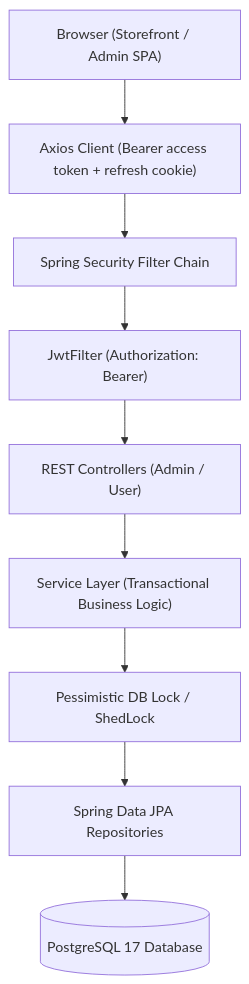
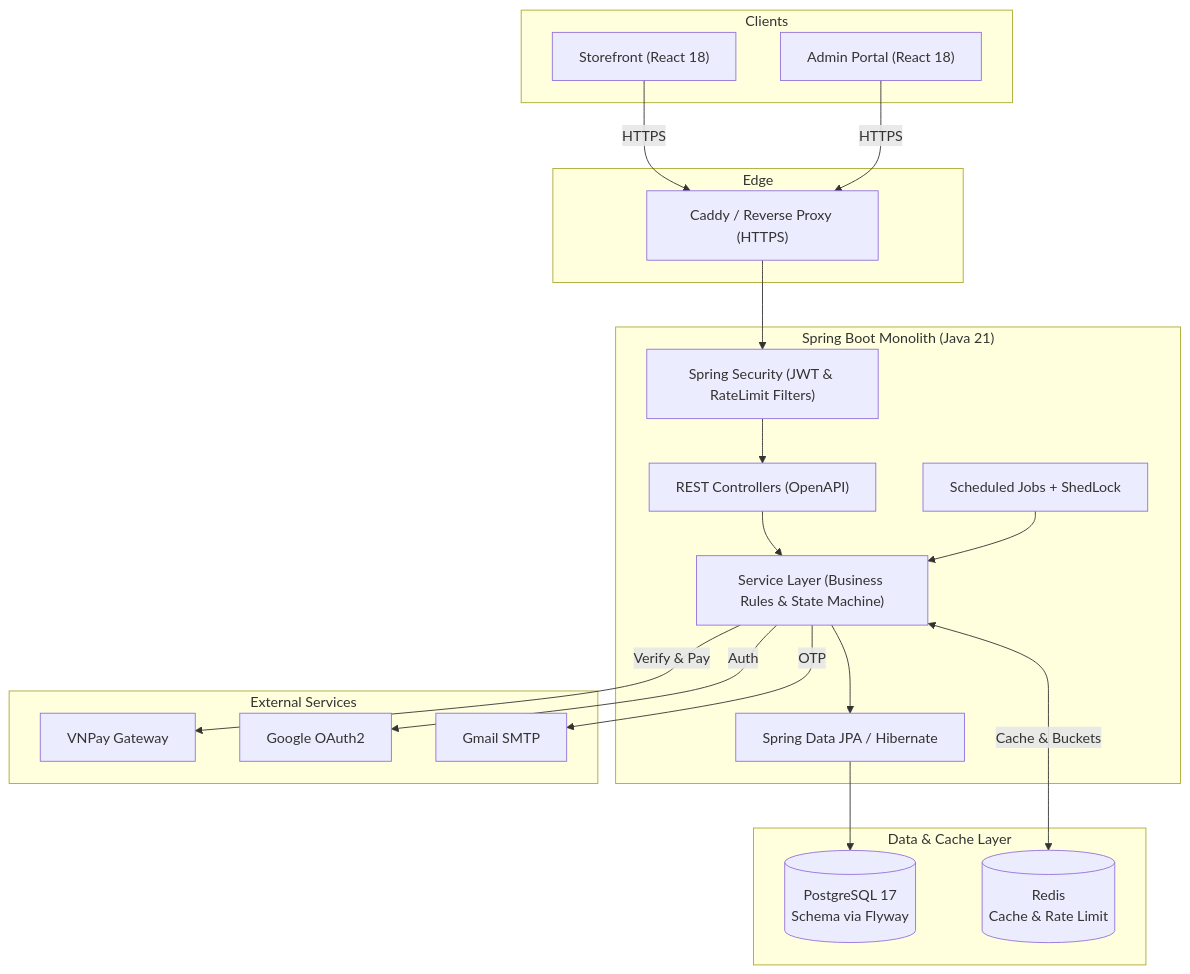
The diagram in README.md (phananhkhang/Ladux), drawn with Mermaid before and after one commit. The commit also changed other lines of this file, not shown here.

````diff
--- a/README.md
+++ b/README.md
@@ -185,21 +94,42 @@
 ```mermaid
 flowchart TD
-    Client["Browser (Storefront / Admin SPA)"]
-    APIClient["Axios Client (Bearer access token + refresh cookie)"]
-    SecFilter["Spring Security Filter Chain"]
-    JwtFilter["JwtFilter (Authorization: Bearer)"]
-    Controllers["REST Controllers (Admin / User)"]
-    Services["Service Layer (Transactional Business Logic)"]
-    Locks["Pessimistic DB Lock / ShedLock"]
-    Repos["Spring Data JPA Repositories"]
-    DB[(PostgreSQL 17 Database)]
+    subgraph Clients["Clients"]
+        Web["Storefront (React 18)"]
+        Admin["Admin Portal (React 18)"]
+    end
 
-    Client --> APIClient
-    APIClient --> SecFilter
-    SecFilter --> JwtFilter
-    JwtFilter --> Controllers
-    Controllers --> Services
-    Services --> Locks
-    Locks --> Repos
-    Repos --> DB
+    subgraph Gateway["Edge"]
+        Caddy["Caddy / Reverse Proxy (HTTPS)"]
+    end
+
+    subgraph Backend["Spring Boot Monolith (Java 21)"]
+        Security["Spring Security (JWT & RateLimit Filters)"]
+        Controller["REST Controllers (OpenAPI)"]
+        Service["Service Layer (Business Rules & State Machine)"]
+        Scheduler["Scheduled Jobs + ShedLock"]
+        DataLayer["Spring Data JPA / Hibernate"]
+    end
+
+    subgraph Storage["Data & Cache Layer"]
+        Postgres[(PostgreSQL 17\nSchema via Flyway)]
+        Redis[(Redis\nCache & Rate Limit)]
+    end
+
+    subgraph External["External Services"]
+        VNPay["VNPay Gateway"]
+        OAuth["Google OAuth2"]
+        Mail["Gmail SMTP"]
+    end
+
+    Web & Admin -->|HTTPS| Caddy
+    Caddy --> Security
+    Security --> Controller
+    Controller --> Service
+    Scheduler --> Service
+    Service --> DataLayer
+    DataLayer --> Postgres
+    Service <-->|Cache & Buckets| Redis
+    Service -->|Verify & Pay| VNPay
+    Service -->|Auth| OAuth
+    Service -->|OTP| Mail
 ```
````
